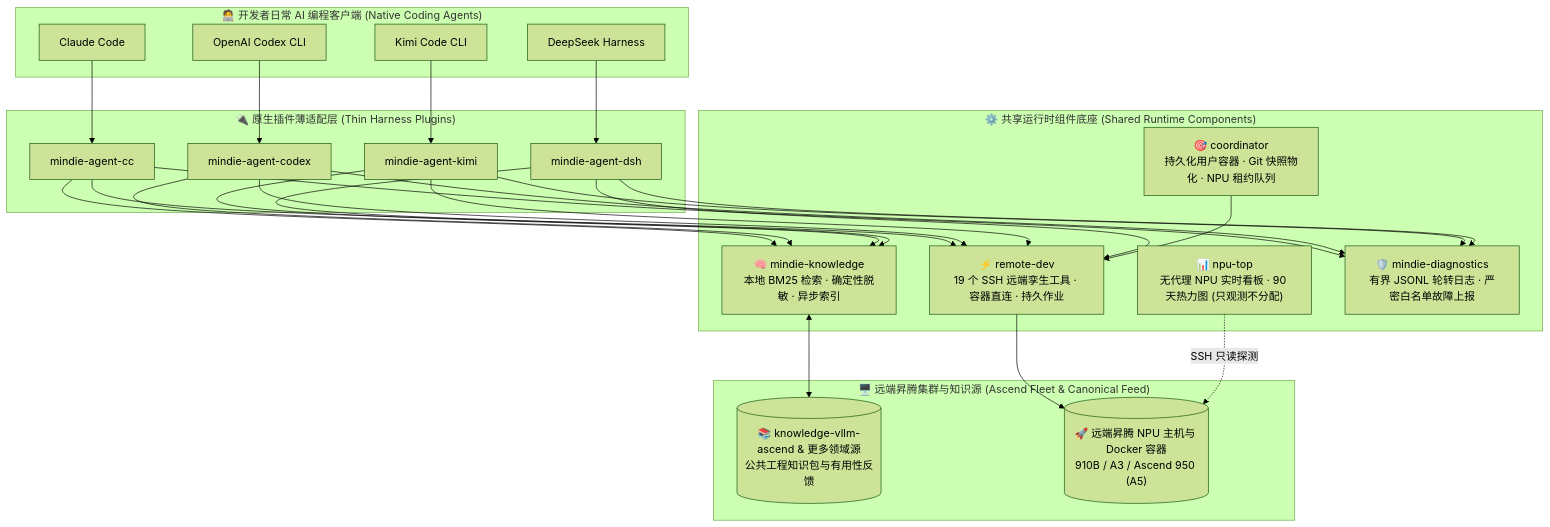
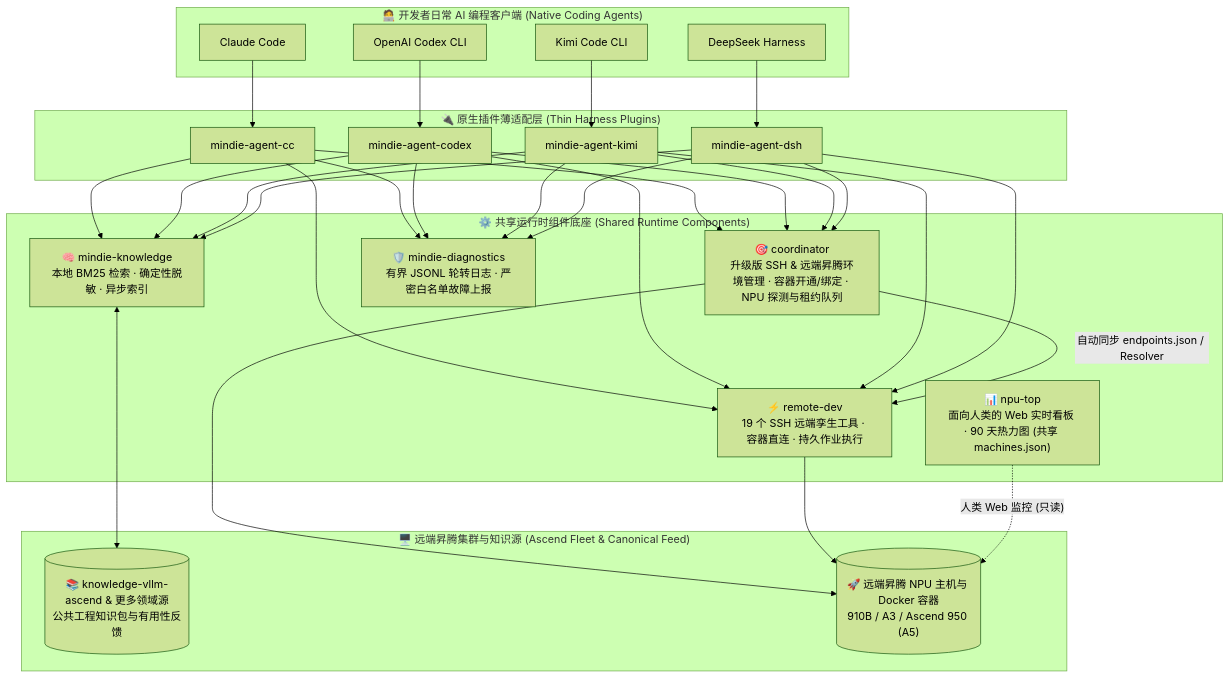
The first of 2 diagrams in README.md (Yuli-yx/vllm-ascend-workspace), drawn with Mermaid (forest theme) before and after one commit. The commit also changed other lines of this file and 7 other files, not shown here.

````diff
--- a/README.md
+++ b/README.md
@@ -178,40 +178,40 @@
 ```mermaid
 flowchart TB
   subgraph Clients["🧑‍💻 开发者日常 AI 编程客户端 (Native Coding Agents)"]
     CC["Claude Code"]
     Codex["OpenAI Codex CLI"]
     Kimi["Kimi Code CLI"]
     DSH["DeepSeek Harness"]
   end
 
   subgraph Adapters["🔌 原生插件薄适配层 (Thin Harness Plugins)"]
     P_CC["mindie-agent-cc"]
     P_Codex["mindie-agent-codex"]
     P_Kimi["mindie-agent-kimi"]
     P_DSH["mindie-agent-dsh"]
   end
 
   subgraph Core["⚙️ 共享运行时组件底座 (Shared Runtime Components)"]
     Knowledge["🧠 mindie-knowledge<br/>本地 BM25 检索 · 确定性脱敏 · 异步索引"]
-    RemoteDev["⚡ remote-dev<br/>19 个 SSH 远端孪生工具 · 容器直连 · 持久作业"]
-    Coord["🎯 coordinator<br/>持久化用户容器 · Git 快照物化 · NPU 租约队列"]
-    NpuTop["📊 npu-top<br/>无代理 NPU 实时看板 · 90 天热力图 (只观测不分配)"]
+    Coord["🎯 coordinator<br/>升级版 SSH & 远端昇腾环境管理 · 容器开通/绑定 · NPU 探测与租约队列"]
+    RemoteDev["⚡ remote-dev<br/>19 个 SSH 远端孪生工具 · 容器直连 · 持久作业执行"]
+    NpuTop["📊 npu-top<br/>面向人类的 Web 实时看板 · 90 天热力图 (共享 machines.json)"]
     Diag["🛡️ mindie-diagnostics<br/>有界 JSONL 轮转日志 · 严密白名单故障上报"]
   end
 
   subgraph Remote["🖥️ 远端昇腾集群与知识源 (Ascend Fleet & Canonical Feed)"]
     Feed[("📚 knowledge-vllm-ascend & 更多领域源<br/>公共工程知识包与有用性反馈")]
     Cluster[("🚀 远端昇腾 NPU 主机与 Docker 容器<br/>910B / A3 / Ascend 950 (A5)")]
   end
 
   CC --> P_CC
   Codex --> P_Codex
   Kimi --> P_Kimi
   DSH --> P_DSH
 
-  P_CC & P_Codex & P_Kimi & P_DSH --> Knowledge & RemoteDev & Diag
+  P_CC & P_Codex & P_Kimi & P_DSH --> Knowledge & Coord & RemoteDev & Diag
   Knowledge <--> Feed
-  RemoteDev --> Cluster
-  Coord --> RemoteDev
-  NpuTop -. "SSH 只读探测" .-> Cluster
+  Coord -- "自动同步 endpoints.json / Resolver" --> RemoteDev
+  Coord & RemoteDev --> Cluster
+  NpuTop -. "人类 Web 监控 (只读)" .-> Cluster
 ```
````
